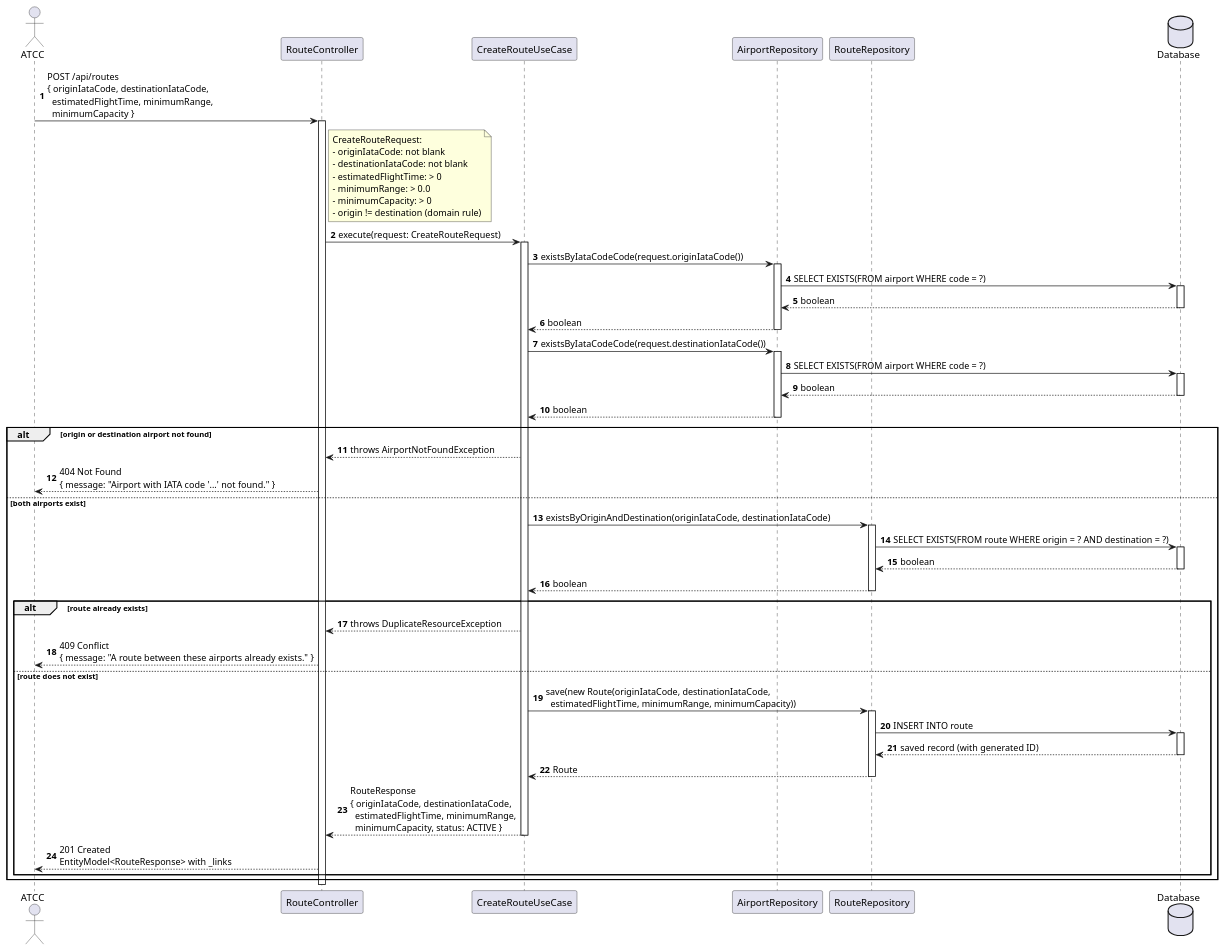
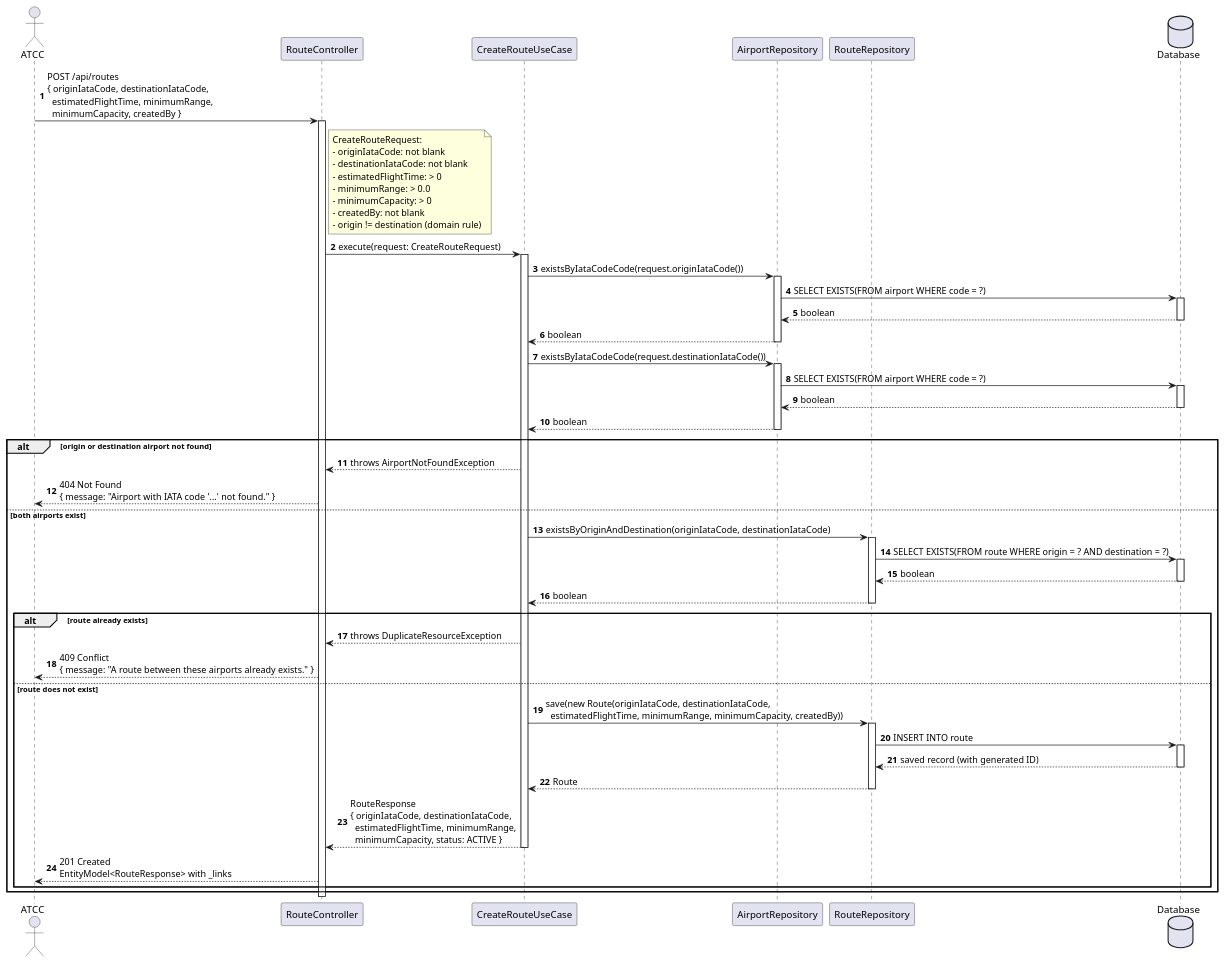
Before and after one commit to VascoMagolo/psoft_1231562_1241692_1242036_2db: the diagram in docs/system-documentation/use-cases/WP3A/US110/puml/sd_us110.puml, drawn with PlantUML. The commit also changed 101 other files, not shown here.

First line of the commit message:
docs: update diagrams, READMEs, and global artifacts

```diff
--- a/docs/system-documentation/use-cases/WP3A/US110/puml/sd_us110.puml
+++ b/docs/system-documentation/use-cases/WP3A/US110/puml/sd_us110.puml
@@ -1,77 +1,78 @@
 @startuml
 autonumber
 actor "ATCC" as Actor
 participant "RouteController" as Ctrl
 participant "CreateRouteUseCase" as UC
 participant "AirportRepository" as AirRepo
 participant "RouteRepository" as RouteRepo
 database "Database" as DB
 
-Actor -> Ctrl : POST /api/routes\n{ originIataCode, destinationIataCode,\n  estimatedFlightTime, minimumRange,\n  minimumCapacity }
+Actor -> Ctrl : POST /api/routes\n{ originIataCode, destinationIataCode,\n  estimatedFlightTime, minimumRange,\n  minimumCapacity, createdBy }
 activate Ctrl
 
 note right of Ctrl
   CreateRouteRequest:
   - originIataCode: not blank
   - destinationIataCode: not blank
   - estimatedFlightTime: > 0
   - minimumRange: > 0.0
   - minimumCapacity: > 0
+  - createdBy: not blank
   - origin != destination (domain rule)
 end note
 
 Ctrl -> UC : execute(request: CreateRouteRequest)
 activate UC
 
 UC -> AirRepo : existsByIataCodeCode(request.originIataCode())
 activate AirRepo
 AirRepo -> DB : SELECT EXISTS(FROM airport WHERE code = ?)
 activate DB
 DB --> AirRepo : boolean
 deactivate DB
 AirRepo --> UC : boolean
 deactivate AirRepo
 
 UC -> AirRepo : existsByIataCodeCode(request.destinationIataCode())
 activate AirRepo
 AirRepo -> DB : SELECT EXISTS(FROM airport WHERE code = ?)
 activate DB
 DB --> AirRepo : boolean
 deactivate DB
 AirRepo --> UC : boolean
 deactivate AirRepo
 
 alt origin or destination airport not found
   UC --> Ctrl : throws AirportNotFoundException
   Ctrl --> Actor : 404 Not Found\n{ message: "Airport with IATA code '...' not found." }
 else both airports exist
   UC -> RouteRepo : existsByOriginAndDestination(originIataCode, destinationIataCode)
   activate RouteRepo
   RouteRepo -> DB : SELECT EXISTS(FROM route WHERE origin = ? AND destination = ?)
   activate DB
   DB --> RouteRepo : boolean
   deactivate DB
   RouteRepo --> UC : boolean
   deactivate RouteRepo
 
   alt route already exists
     UC --> Ctrl : throws DuplicateResourceException
     Ctrl --> Actor : 409 Conflict\n{ message: "A route between these airports already exists." }
   else route does not exist
-    UC -> RouteRepo : save(new Route(originIataCode, destinationIataCode,\n  estimatedFlightTime, minimumRange, minimumCapacity))
+    UC -> RouteRepo : save(new Route(originIataCode, destinationIataCode,\n  estimatedFlightTime, minimumRange, minimumCapacity, createdBy))
     activate RouteRepo
     RouteRepo -> DB : INSERT INTO route
     activate DB
     DB --> RouteRepo : saved record (with generated ID)
     deactivate DB
     RouteRepo --> UC : Route
     deactivate RouteRepo
 
     UC --> Ctrl : RouteResponse\n{ originIataCode, destinationIataCode,\n  estimatedFlightTime, minimumRange,\n  minimumCapacity, status: ACTIVE }
     deactivate UC
     Ctrl --> Actor : 201 Created\nEntityModel<RouteResponse> with _links
   end
 end
 
 deactivate Ctrl
 @enduml
```
